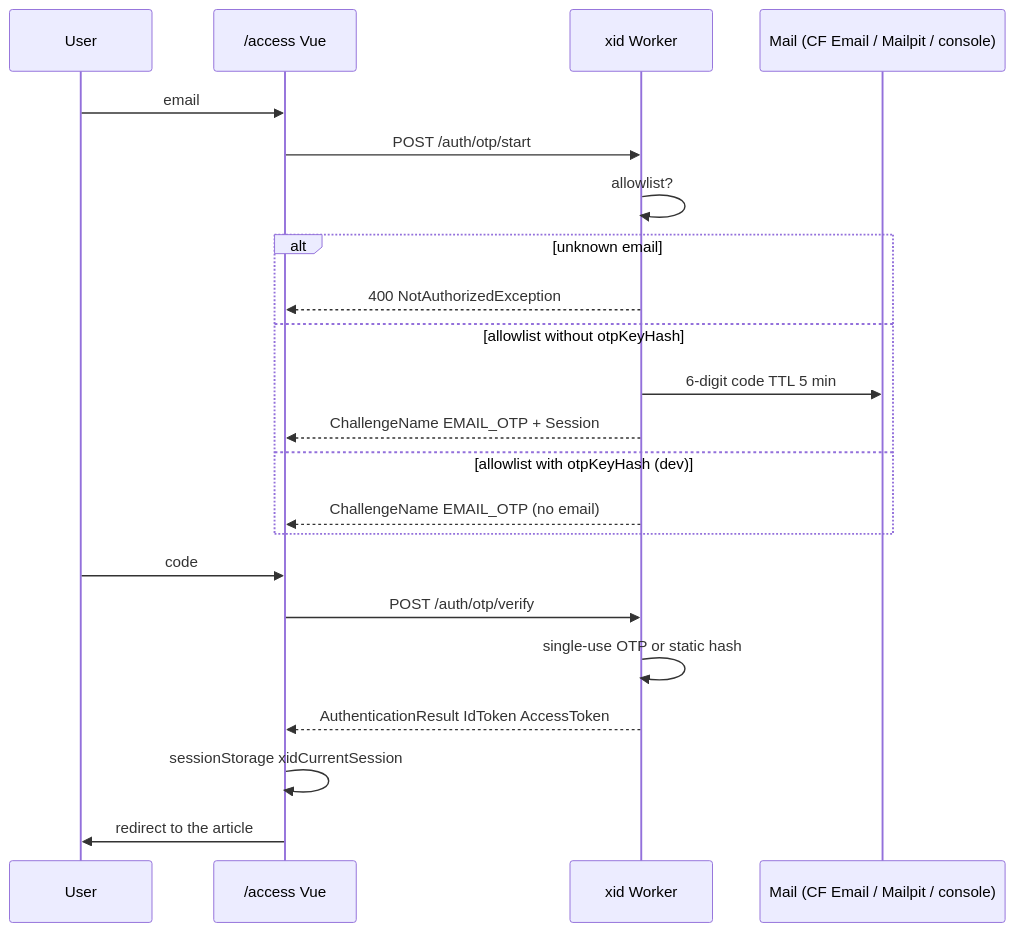
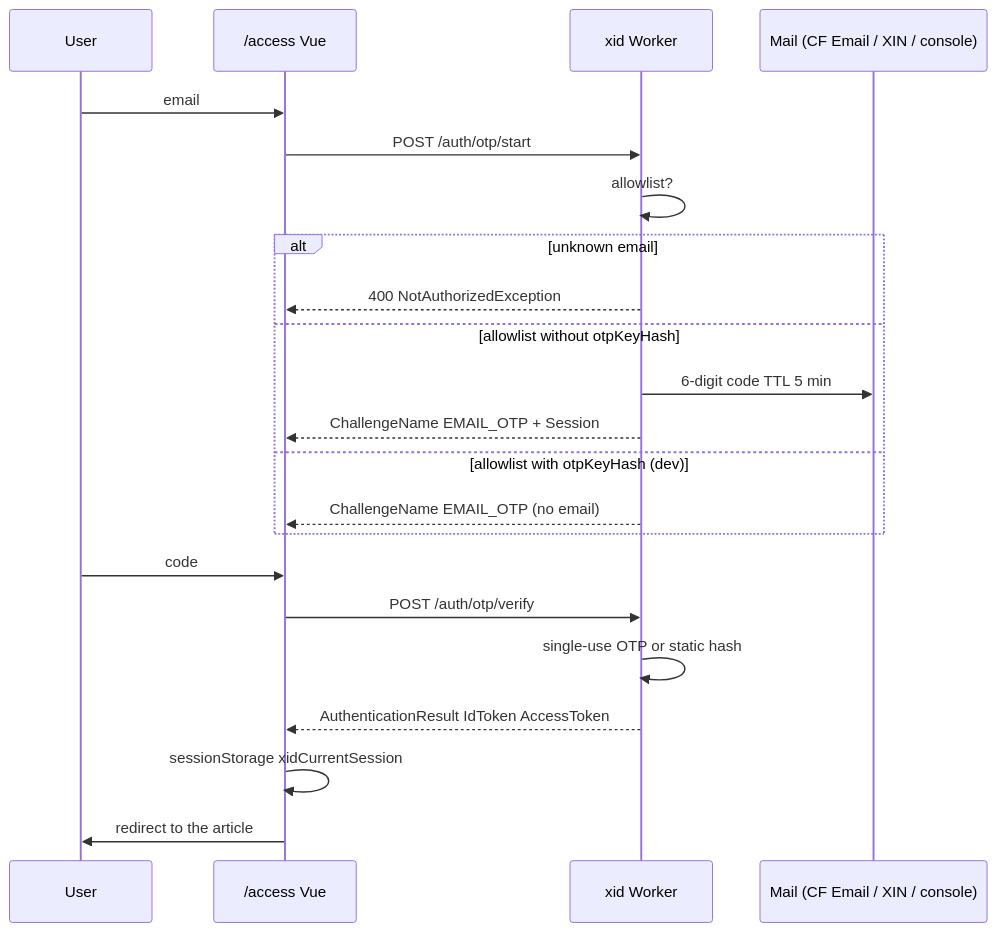
One commit to kaesar/onmind-xid changed the second of 3 diagrams in README.md. Above: the diagram before and after it, drawn with Mermaid. The commit also changed other lines of this file and 10 other files, not shown here.

Commit message:
v0.8.0 Includes IaC with AWS-CDK. Changes references from Mailpit to OnMind-XIN as SMTP sink service. Now "mail.js" allows to use OnMind-XIN in AWS Lambda (without SMTP) by HTTP API

````diff
--- a/README.md
+++ b/README.md
@@ -94,24 +94,24 @@
 ```mermaid
 sequenceDiagram
   participant U as User
   participant A as /access Vue
   participant W as xid Worker
-  participant M as Mail (CF Email / Mailpit / console)
+  participant M as Mail (CF Email / XIN / console)
   U->>A: email
   A->>W: POST /auth/otp/start
   W->>W: allowlist?
   alt unknown email
     W-->>A: 400 NotAuthorizedException
   else allowlist without otpKeyHash
     W->>M: 6-digit code TTL 5 min
     W-->>A: ChallengeName EMAIL_OTP + Session
   else allowlist with otpKeyHash (dev)
     W-->>A: ChallengeName EMAIL_OTP (no email)
   end
   U->>A: code
   A->>W: POST /auth/otp/verify
   W->>W: single-use OTP or static hash
   W-->>A: AuthenticationResult IdToken AccessToken
   A->>A: sessionStorage xidCurrentSession
   A->>U: redirect to the article
 ```
````
